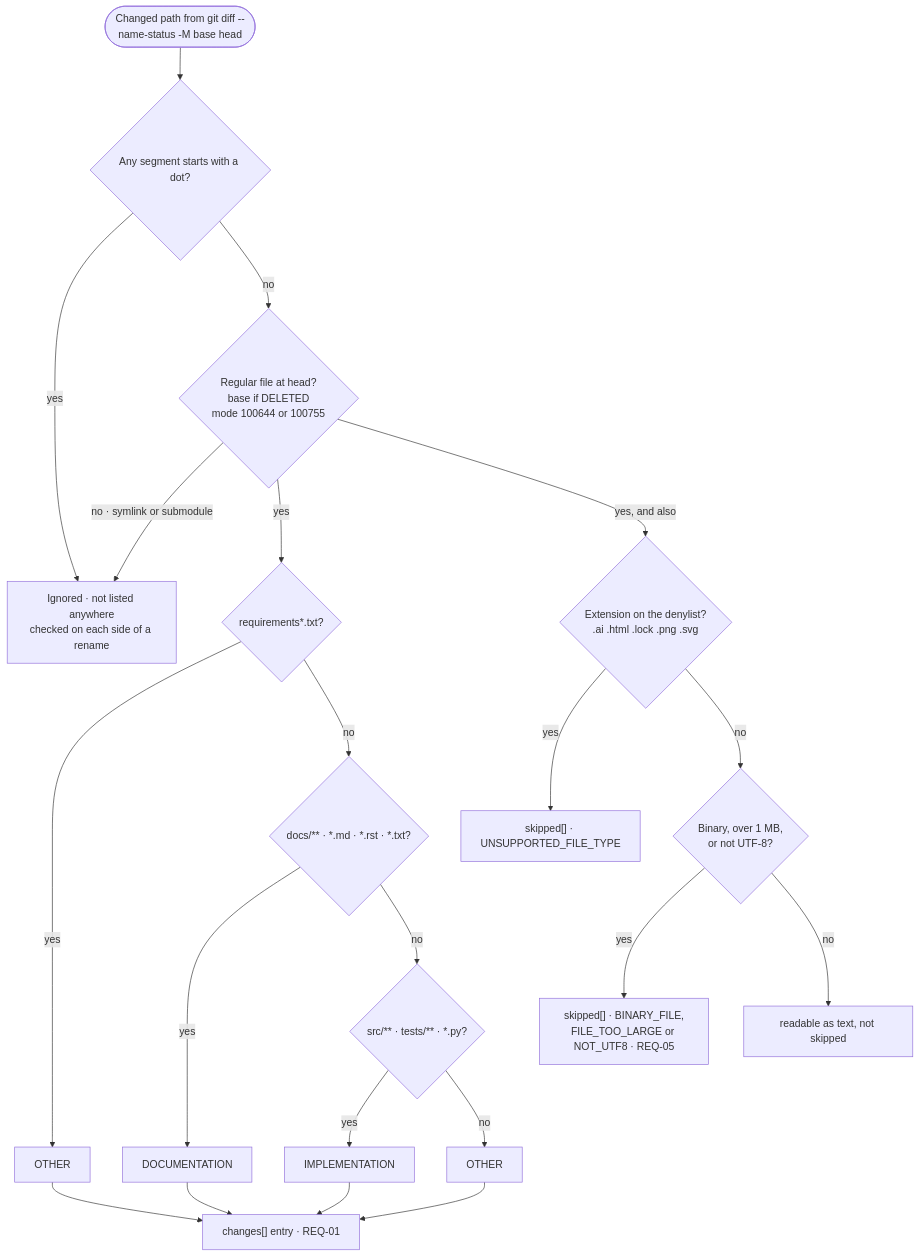
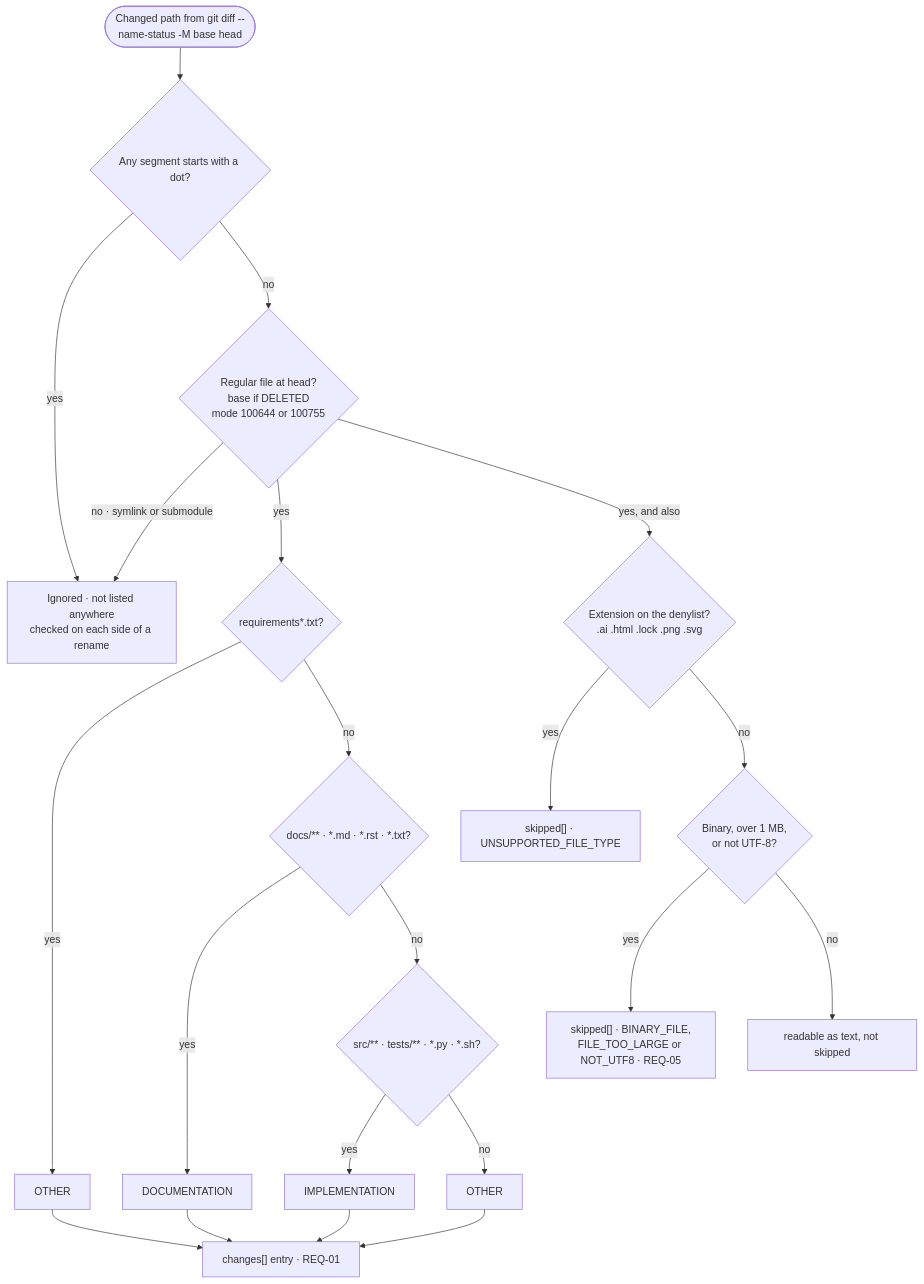
One commit to BarshanB/DocumentationDrifter changed the diagram in docs/Models/v1/M3-file-rules.md. Above: the diagram before and after it, drawn with Mermaid. The commit also changed 34 other files, not shown here.

````diff
--- a/docs/Models/v1/M3-file-rules.md
+++ b/docs/Models/v1/M3-file-rules.md
@@ -7,27 +7,27 @@
 ```mermaid
 flowchart TD
   accTitle: M3 file rules
   accDescr: Each changed path is ignored if it is hidden or not a regular file. Otherwise it is reported in changes with a category from the first matching rule, and it is also listed in skipped with a reason code if its extension is on the denylist, or if it is binary, over 1 MB or not UTF-8. Each side of a rename is checked for hidden paths separately.
 
   P(["Changed path from git diff --name-status -M base head"])
   P --> H{"Any segment starts with a dot?"}
   H -->|"yes"| IGN["Ignored · not listed anywhere<br/>checked on each side of a rename"]
   H -->|"no"| M{"Regular file at head?<br/>base if DELETED<br/>mode 100644 or 100755"}
   M -->|"no · symlink or submodule"| IGN
   M -->|"yes"| R1{"requirements*.txt?"}
   M -->|"yes, and also"| U{"Extension on the denylist?<br/>.ai .html .lock .png .svg"}
   R1 -->|"yes"| OTH["OTHER"]
   R1 -->|"no"| R2{"docs/** · *.md · *.rst · *.txt?"}
   R2 -->|"yes"| DOC["DOCUMENTATION"]
-  R2 -->|"no"| R3{"src/** · tests/** · *.py?"}
+  R2 -->|"no"| R3{"src/** · tests/** · *.py · *.sh?"}
   R3 -->|"yes"| IMP["IMPLEMENTATION"]
   R3 -->|"no"| OTH2["OTHER"]
   DOC --> CH["changes[] entry · REQ-01"]
   IMP --> CH
   OTH --> CH
   OTH2 --> CH
   U -->|"yes"| SKU["skipped[] · UNSUPPORTED_FILE_TYPE"]
   U -->|"no"| B{"Binary, over 1 MB,<br/>or not UTF-8?"}
   B -->|"yes"| SKC["skipped[] · BINARY_FILE,<br/>FILE_TOO_LARGE or NOT_UTF8 · REQ-05"]
   B -->|"no"| RD["readable as text, not skipped"]
 ```
````
